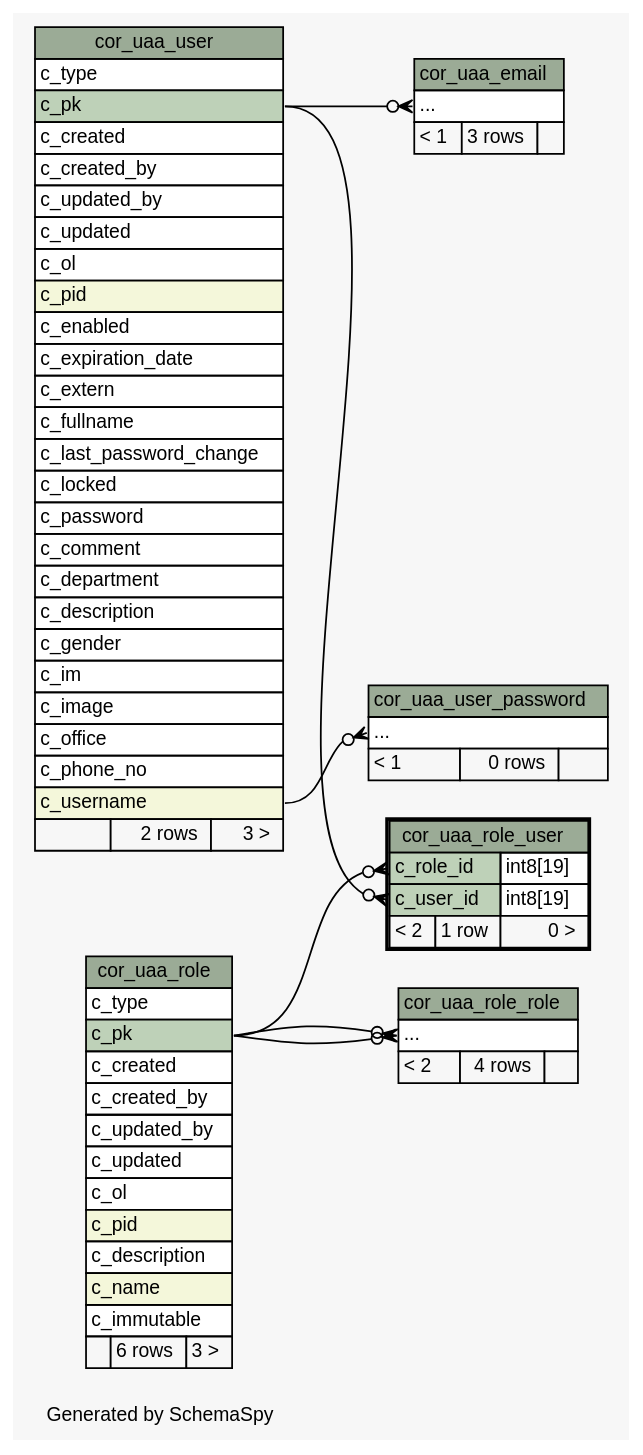
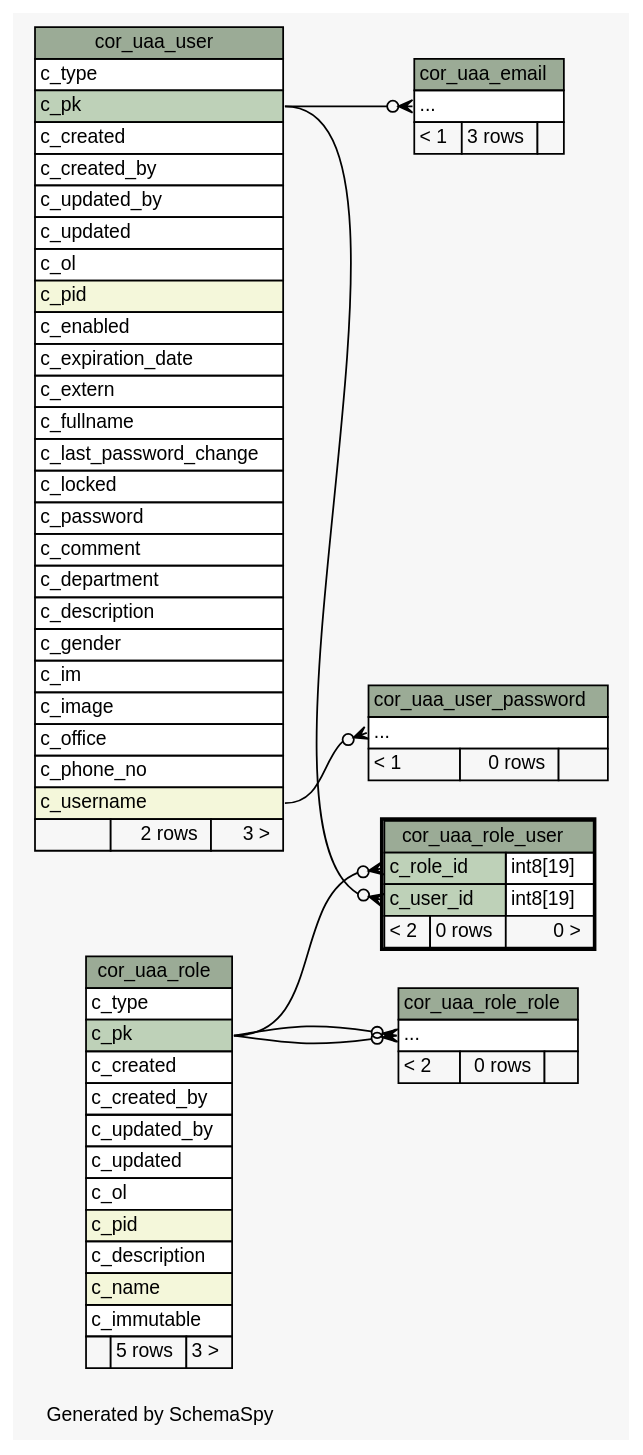
Before and after one commit to openwms/org.openwms.core.uaa.lib: the diagram in 2.0.0-SNAPSHOT/schemaspy/diagrams/cor_uaa_role_user.2degrees.dot, drawn with Graphviz. The commit also changed 236 other files, not shown here.

```diff
--- a/2.0.0-SNAPSHOT/schemaspy/diagrams/cor_uaa_role_user.2degrees.dot
+++ b/2.0.0-SNAPSHOT/schemaspy/diagrams/cor_uaa_role_user.2degrees.dot
@@ -1,122 +1,122 @@
-// dot 2.43.0 on Linux 6.5.0-1016-azure
+// dot 2.43.0 on Linux 6.5.0-1022-azure
 // SchemaSpy rev Unknown
 digraph "twoDegreesRelationshipsDiagram" {
   graph [
     rankdir="RL"
     bgcolor="#f7f7f7"
     label="\nGenerated by SchemaSpy"
     labeljust="l"
     nodesep="0.18"
     ranksep="0.46"
     fontname="Helvetica"
     fontsize="11"
   ];
   node [
     fontname="Helvetica"
     fontsize="11"
     shape="plaintext"
   ];
   edge [
     arrowsize="0.8"
   ];
   "cor_uaa_email":"elipses":w -> "cor_uaa_user":"c_pk":e [arrowhead=none dir=back arrowtail=crowodot];
   "cor_uaa_role_role":"elipses":w -> "cor_uaa_role":"c_pk":e [arrowhead=none dir=back arrowtail=crowodot];
   "cor_uaa_role_role":"elipses":w -> "cor_uaa_role":"c_pk":e [arrowhead=none dir=back arrowtail=crowodot];
   "cor_uaa_role_user":"c_role_id":w -> "cor_uaa_role":"c_pk":e [arrowhead=none dir=back arrowtail=crowodot];
   "cor_uaa_role_user":"c_user_id":w -> "cor_uaa_user":"c_pk":e [arrowhead=none dir=back arrowtail=crowodot];
   "cor_uaa_user_password":"elipses":w -> "cor_uaa_user":"c_username":e [arrowhead=none dir=back arrowtail=crowodot];
   "cor_uaa_email" [
     label=<
     <TABLE BORDER="0" CELLBORDER="1" CELLSPACING="0" BGCOLOR="#ffffff">
       <TR><TD COLSPAN="3" BGCOLOR="#9bab96" ALIGN="CENTER">cor_uaa_email</TD></TR>
       <TR><TD PORT="elipses" COLSPAN="3" ALIGN="LEFT">...</TD></TR>
       <TR><TD ALIGN="LEFT" BGCOLOR="#f7f7f7">&lt; 1</TD><TD ALIGN="RIGHT" BGCOLOR="#f7f7f7">3 rows</TD><TD ALIGN="RIGHT" BGCOLOR="#f7f7f7">  </TD></TR>
     </TABLE>>
     URL="cor_uaa_email.html"
     tooltip="cor_uaa_email"
   ];
   "cor_uaa_role" [
     label=<
     <TABLE BORDER="0" CELLBORDER="1" CELLSPACING="0" BGCOLOR="#ffffff">
       <TR><TD COLSPAN="3" BGCOLOR="#9bab96" ALIGN="CENTER">cor_uaa_role</TD></TR>
       <TR><TD PORT="c_type" COLSPAN="3" ALIGN="LEFT">c_type</TD></TR>
       <TR><TD PORT="c_pk" COLSPAN="3" BGCOLOR="#bed1b8" ALIGN="LEFT">c_pk</TD></TR>
       <TR><TD PORT="c_created" COLSPAN="3" ALIGN="LEFT">c_created</TD></TR>
       <TR><TD PORT="c_created_by" COLSPAN="3" ALIGN="LEFT">c_created_by</TD></TR>
       <TR><TD PORT="c_updated_by" COLSPAN="3" ALIGN="LEFT">c_updated_by</TD></TR>
       <TR><TD PORT="c_updated" COLSPAN="3" ALIGN="LEFT">c_updated</TD></TR>
       <TR><TD PORT="c_ol" COLSPAN="3" ALIGN="LEFT">c_ol</TD></TR>
       <TR><TD PORT="c_pid" COLSPAN="3" BGCOLOR="#f4f7da" ALIGN="LEFT">c_pid</TD></TR>
       <TR><TD PORT="c_description" COLSPAN="3" ALIGN="LEFT">c_description</TD></TR>
       <TR><TD PORT="c_name" COLSPAN="3" BGCOLOR="#f4f7da" ALIGN="LEFT">c_name</TD></TR>
       <TR><TD PORT="c_immutable" COLSPAN="3" ALIGN="LEFT">c_immutable</TD></TR>
-      <TR><TD ALIGN="LEFT" BGCOLOR="#f7f7f7">  </TD><TD ALIGN="RIGHT" BGCOLOR="#f7f7f7">6 rows</TD><TD ALIGN="RIGHT" BGCOLOR="#f7f7f7">3 &gt;</TD></TR>
+      <TR><TD ALIGN="LEFT" BGCOLOR="#f7f7f7">  </TD><TD ALIGN="RIGHT" BGCOLOR="#f7f7f7">5 rows</TD><TD ALIGN="RIGHT" BGCOLOR="#f7f7f7">3 &gt;</TD></TR>
     </TABLE>>
     URL="cor_uaa_role.html"
     tooltip="cor_uaa_role"
   ];
   "cor_uaa_role_role" [
     label=<
     <TABLE BORDER="0" CELLBORDER="1" CELLSPACING="0" BGCOLOR="#ffffff">
       <TR><TD COLSPAN="3" BGCOLOR="#9bab96" ALIGN="CENTER">cor_uaa_role_role</TD></TR>
       <TR><TD PORT="elipses" COLSPAN="3" ALIGN="LEFT">...</TD></TR>
-      <TR><TD ALIGN="LEFT" BGCOLOR="#f7f7f7">&lt; 2</TD><TD ALIGN="RIGHT" BGCOLOR="#f7f7f7">4 rows</TD><TD ALIGN="RIGHT" BGCOLOR="#f7f7f7">  </TD></TR>
+      <TR><TD ALIGN="LEFT" BGCOLOR="#f7f7f7">&lt; 2</TD><TD ALIGN="RIGHT" BGCOLOR="#f7f7f7">0 rows</TD><TD ALIGN="RIGHT" BGCOLOR="#f7f7f7">  </TD></TR>
     </TABLE>>
     URL="cor_uaa_role_role.html"
     tooltip="cor_uaa_role_role"
   ];
   "cor_uaa_role_user" [
     label=<
     <TABLE BORDER="2" CELLBORDER="1" CELLSPACING="0" BGCOLOR="#ffffff">
       <TR><TD COLSPAN="3" BGCOLOR="#9bab96" ALIGN="CENTER">cor_uaa_role_user</TD></TR>
       <TR><TD PORT="c_role_id" COLSPAN="2" BGCOLOR="#bed1b8" ALIGN="LEFT">c_role_id</TD><TD PORT="c_role_id.type" ALIGN="LEFT">int8[19]</TD></TR>
       <TR><TD PORT="c_user_id" COLSPAN="2" BGCOLOR="#bed1b8" ALIGN="LEFT">c_user_id</TD><TD PORT="c_user_id.type" ALIGN="LEFT">int8[19]</TD></TR>
-      <TR><TD ALIGN="LEFT" BGCOLOR="#f7f7f7">&lt; 2</TD><TD ALIGN="RIGHT" BGCOLOR="#f7f7f7">1 row</TD><TD ALIGN="RIGHT" BGCOLOR="#f7f7f7">0 &gt;</TD></TR>
+      <TR><TD ALIGN="LEFT" BGCOLOR="#f7f7f7">&lt; 2</TD><TD ALIGN="RIGHT" BGCOLOR="#f7f7f7">0 rows</TD><TD ALIGN="RIGHT" BGCOLOR="#f7f7f7">0 &gt;</TD></TR>
     </TABLE>>
     URL="cor_uaa_role_user.html"
     tooltip="cor_uaa_role_user"
   ];
   "cor_uaa_user" [
     label=<
     <TABLE BORDER="0" CELLBORDER="1" CELLSPACING="0" BGCOLOR="#ffffff">
       <TR><TD COLSPAN="3" BGCOLOR="#9bab96" ALIGN="CENTER">cor_uaa_user</TD></TR>
       <TR><TD PORT="c_type" COLSPAN="3" ALIGN="LEFT">c_type</TD></TR>
       <TR><TD PORT="c_pk" COLSPAN="3" BGCOLOR="#bed1b8" ALIGN="LEFT">c_pk</TD></TR>
       <TR><TD PORT="c_created" COLSPAN="3" ALIGN="LEFT">c_created</TD></TR>
       <TR><TD PORT="c_created_by" COLSPAN="3" ALIGN="LEFT">c_created_by</TD></TR>
       <TR><TD PORT="c_updated_by" COLSPAN="3" ALIGN="LEFT">c_updated_by</TD></TR>
       <TR><TD PORT="c_updated" COLSPAN="3" ALIGN="LEFT">c_updated</TD></TR>
       <TR><TD PORT="c_ol" COLSPAN="3" ALIGN="LEFT">c_ol</TD></TR>
       <TR><TD PORT="c_pid" COLSPAN="3" BGCOLOR="#f4f7da" ALIGN="LEFT">c_pid</TD></TR>
       <TR><TD PORT="c_enabled" COLSPAN="3" ALIGN="LEFT">c_enabled</TD></TR>
       <TR><TD PORT="c_expiration_date" COLSPAN="3" ALIGN="LEFT">c_expiration_date</TD></TR>
       <TR><TD PORT="c_extern" COLSPAN="3" ALIGN="LEFT">c_extern</TD></TR>
       <TR><TD PORT="c_fullname" COLSPAN="3" ALIGN="LEFT">c_fullname</TD></TR>
       <TR><TD PORT="c_last_password_change" COLSPAN="3" ALIGN="LEFT">c_last_password_change</TD></TR>
       <TR><TD PORT="c_locked" COLSPAN="3" ALIGN="LEFT">c_locked</TD></TR>
       <TR><TD PORT="c_password" COLSPAN="3" ALIGN="LEFT">c_password</TD></TR>
       <TR><TD PORT="c_comment" COLSPAN="3" ALIGN="LEFT">c_comment</TD></TR>
       <TR><TD PORT="c_department" COLSPAN="3" ALIGN="LEFT">c_department</TD></TR>
       <TR><TD PORT="c_description" COLSPAN="3" ALIGN="LEFT">c_description</TD></TR>
       <TR><TD PORT="c_gender" COLSPAN="3" ALIGN="LEFT">c_gender</TD></TR>
       <TR><TD PORT="c_im" COLSPAN="3" ALIGN="LEFT">c_im</TD></TR>
       <TR><TD PORT="c_image" COLSPAN="3" ALIGN="LEFT">c_image</TD></TR>
       <TR><TD PORT="c_office" COLSPAN="3" ALIGN="LEFT">c_office</TD></TR>
       <TR><TD PORT="c_phone_no" COLSPAN="3" ALIGN="LEFT">c_phone_no</TD></TR>
       <TR><TD PORT="c_username" COLSPAN="3" BGCOLOR="#f4f7da" ALIGN="LEFT">c_username</TD></TR>
       <TR><TD ALIGN="LEFT" BGCOLOR="#f7f7f7">  </TD><TD ALIGN="RIGHT" BGCOLOR="#f7f7f7">2 rows</TD><TD ALIGN="RIGHT" BGCOLOR="#f7f7f7">3 &gt;</TD></TR>
     </TABLE>>
     URL="cor_uaa_user.html"
     tooltip="cor_uaa_user"
   ];
   "cor_uaa_user_password" [
     label=<
     <TABLE BORDER="0" CELLBORDER="1" CELLSPACING="0" BGCOLOR="#ffffff">
       <TR><TD COLSPAN="3" BGCOLOR="#9bab96" ALIGN="CENTER">cor_uaa_user_password</TD></TR>
       <TR><TD PORT="elipses" COLSPAN="3" ALIGN="LEFT">...</TD></TR>
       <TR><TD ALIGN="LEFT" BGCOLOR="#f7f7f7">&lt; 1</TD><TD ALIGN="RIGHT" BGCOLOR="#f7f7f7">0 rows</TD><TD ALIGN="RIGHT" BGCOLOR="#f7f7f7">  </TD></TR>
     </TABLE>>
     URL="cor_uaa_user_password.html"
     tooltip="cor_uaa_user_password"
   ];
 }
```
